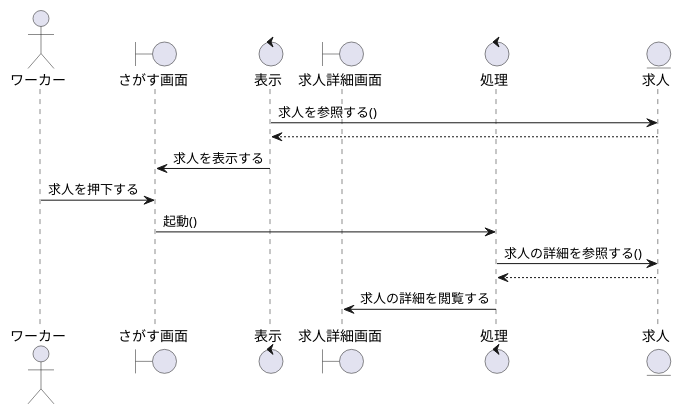
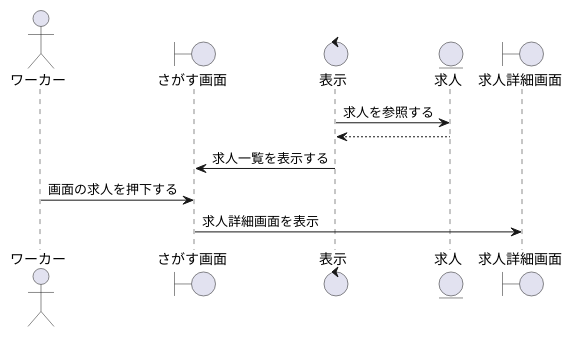
Before and after one commit to irukacb256/high_Me: the diagram in sequence_fig/2_search_fn/02_求人の詳細を閲覧する.pu, drawn with PlantUML. The commit also changed 4 other files, not shown here.

```diff
--- a/sequence_fig/2_search_fn/02_求人の詳細を閲覧する.pu
+++ b/sequence_fig/2_search_fn/02_求人の詳細を閲覧する.pu
@@ -1,24 +1,18 @@
 @startuml 求人の詳細を閲覧する
 
-' 1
-actor ワーカー as wo1
-boundary さがす画面 as sc1
-control 表示 as co1
+actor    ワーカー    as wo1
+boundary さがす画面  as sc1
+control  表示        as co1
+entity   求人        as jb1
+boundary 求人詳細画面 as jd1
 
-boundary 求人詳細画面 as jo1
-control 処理 as co2
+co1 -> jb1 : 求人を参照する
+jb1 --> co1 
 
-entity 求人 as en1
+co1 -> sc1 : 求人一覧を表示する
 
-' 2
-co1 -> en1 : 求人を参照する()
-en1 --> co1
-co1 -> sc1 : 求人を表示する
-wo1 -> sc1 : 求人を押下する
-sc1 -> co2 : 起動()
-co2 -> en1 : 求人の詳細を参照する()
-en1 --> co2
-co2 -> jo1 : 求人の詳細を閲覧する
+wo1 -> sc1 : 画面の求人を押下する
 
+sc1 -> jd1 : 求人詳細画面を表示
 
 @enduml
```
